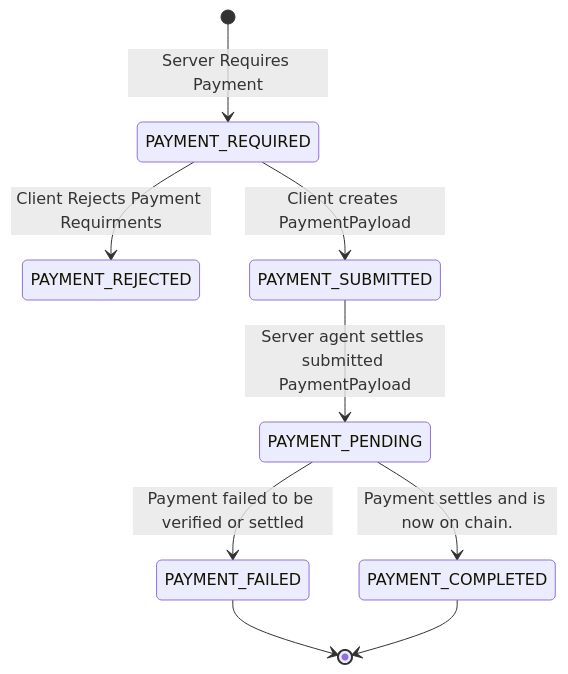
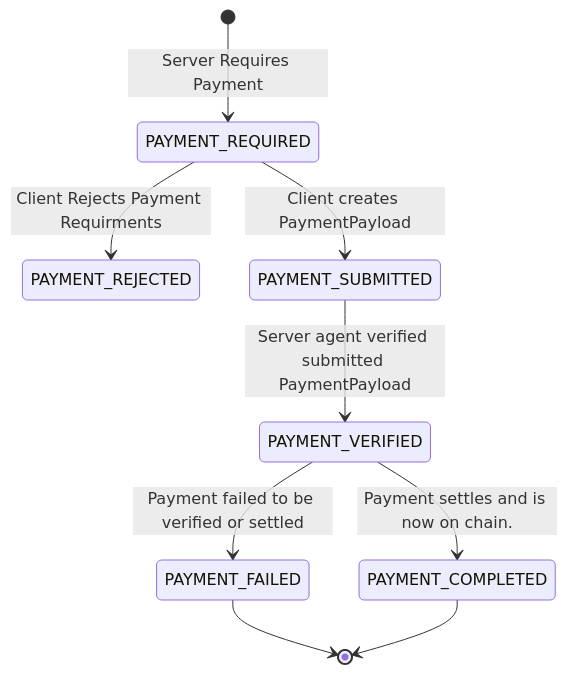
Before and after one commit to google-agentic-commerce/a2a-x402: the second of 2 diagrams in v0.1/spec.md, drawn with Mermaid. The commit also changed other lines of this file, not shown here.

Commit message:
Update spec.md to use PAYMENT_VERIFIED instead of PAYMENT_PENDING

````diff
--- a/v0.1/spec.md
+++ b/v0.1/spec.md
@@ -287,11 +287,11 @@
 ```mermaid
 stateDiagram-v2
     [*] --> PAYMENT_REQUIRED: Server Requires Payment
     PAYMENT_REQUIRED --> PAYMENT_REJECTED: Client Rejects Payment Requirments
     PAYMENT_REQUIRED --> PAYMENT_SUBMITTED: Client creates PaymentPayload
-    PAYMENT_SUBMITTED --> PAYMENT_PENDING: Server agent settles submitted PaymentPayload
-    PAYMENT_PENDING --> PAYMENT_COMPLETED: Payment settles and is now on chain.
-    PAYMENT_PENDING --> PAYMENT_FAILED: Payment failed to be verified or settled
+    PAYMENT_SUBMITTED --> PAYMENT_VERIFIED: Server agent verified submitted PaymentPayload
+    PAYMENT_VERIFIED --> PAYMENT_COMPLETED: Payment settles and is now on chain.
+    PAYMENT_VERIFIED --> PAYMENT_FAILED: Payment failed to be verified or settled
     PAYMENT_FAILED --> [*]
     PAYMENT_COMPLETED --> [*]
 ```
````
